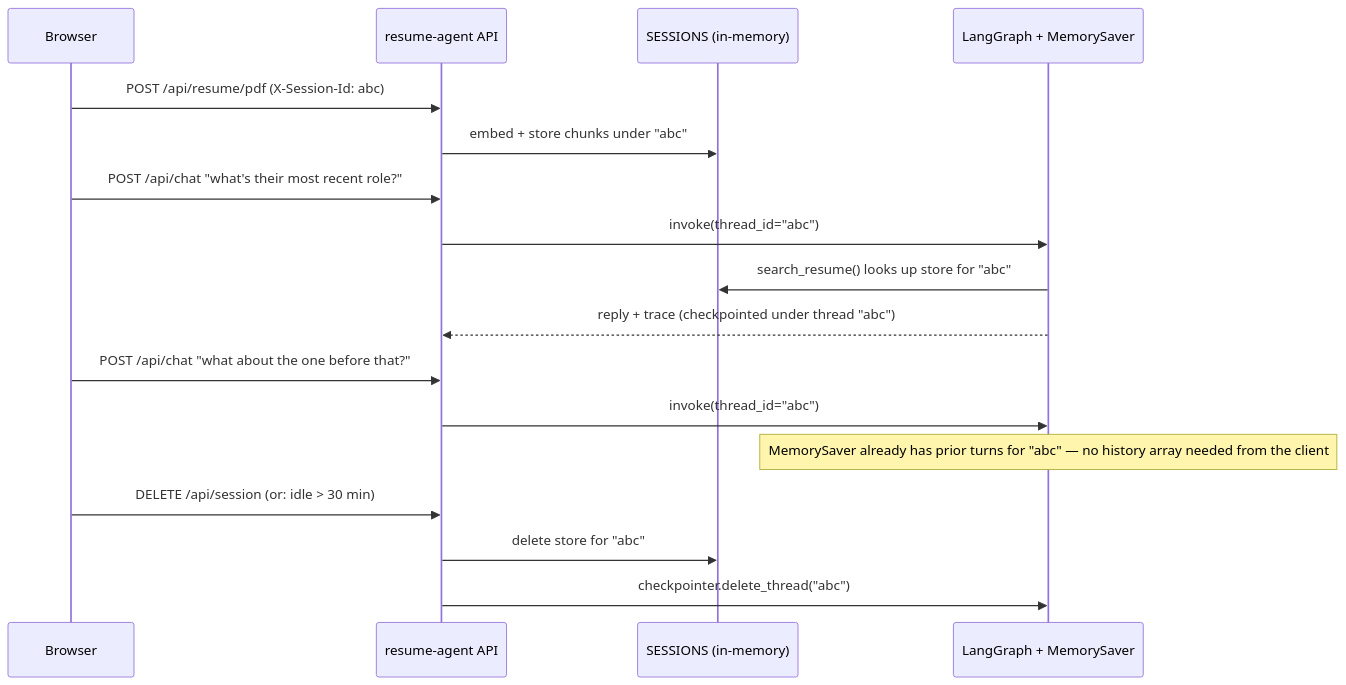
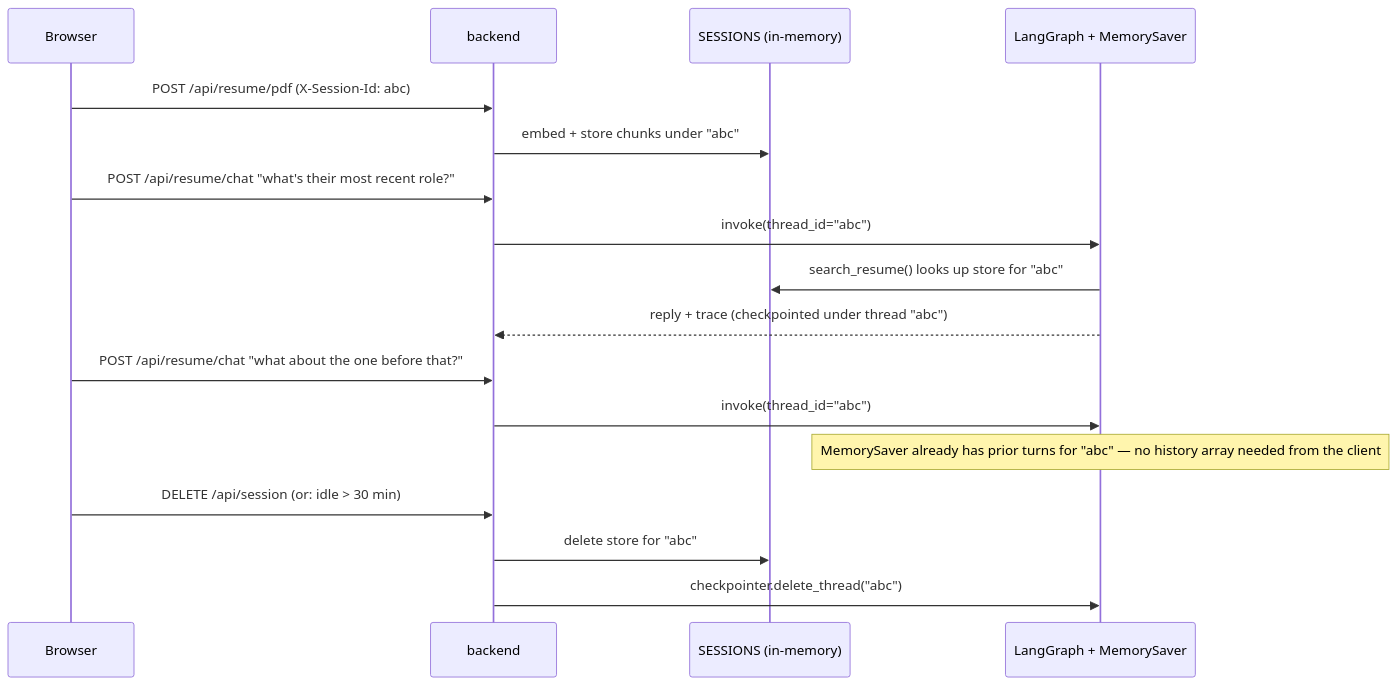
The third of 3 diagrams in README.md (gvdnikhil/rag-observability-agent), drawn with Mermaid before and after one commit. The commit also changed other lines of this file and 26 other files, not shown here.

````diff
--- a/README.md
+++ b/README.md
@@ -70,20 +75,20 @@
 ```mermaid
 sequenceDiagram
     participant Browser
-    participant API as resume-agent API
+    participant API as backend
     participant Sessions as SESSIONS (in-memory)
     participant Graph as LangGraph + MemorySaver
 
     Browser->>API: POST /api/resume/pdf (X-Session-Id: abc)
     API->>Sessions: embed + store chunks under "abc"
-    Browser->>API: POST /api/chat "what's their most recent role?"
+    Browser->>API: POST /api/resume/chat "what's their most recent role?"
     API->>Graph: invoke(thread_id="abc")
     Graph->>Sessions: search_resume() looks up store for "abc"
     Graph-->>API: reply + trace (checkpointed under thread "abc")
-    Browser->>API: POST /api/chat "what about the one before that?"
+    Browser->>API: POST /api/resume/chat "what about the one before that?"
     API->>Graph: invoke(thread_id="abc")
     Note over Graph: MemorySaver already has prior turns for "abc" — no history array needed from the client
     Browser->>API: DELETE /api/session (or: idle > 30 min)
     API->>Sessions: delete store for "abc"
     API->>Graph: checkpointer.delete_thread("abc")
 ```
````
